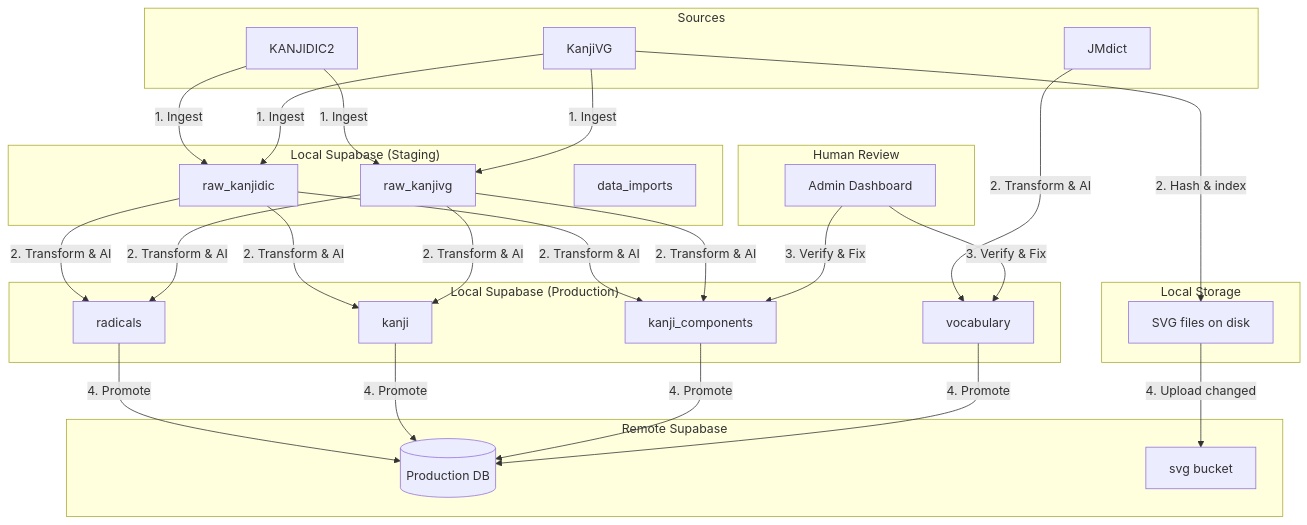
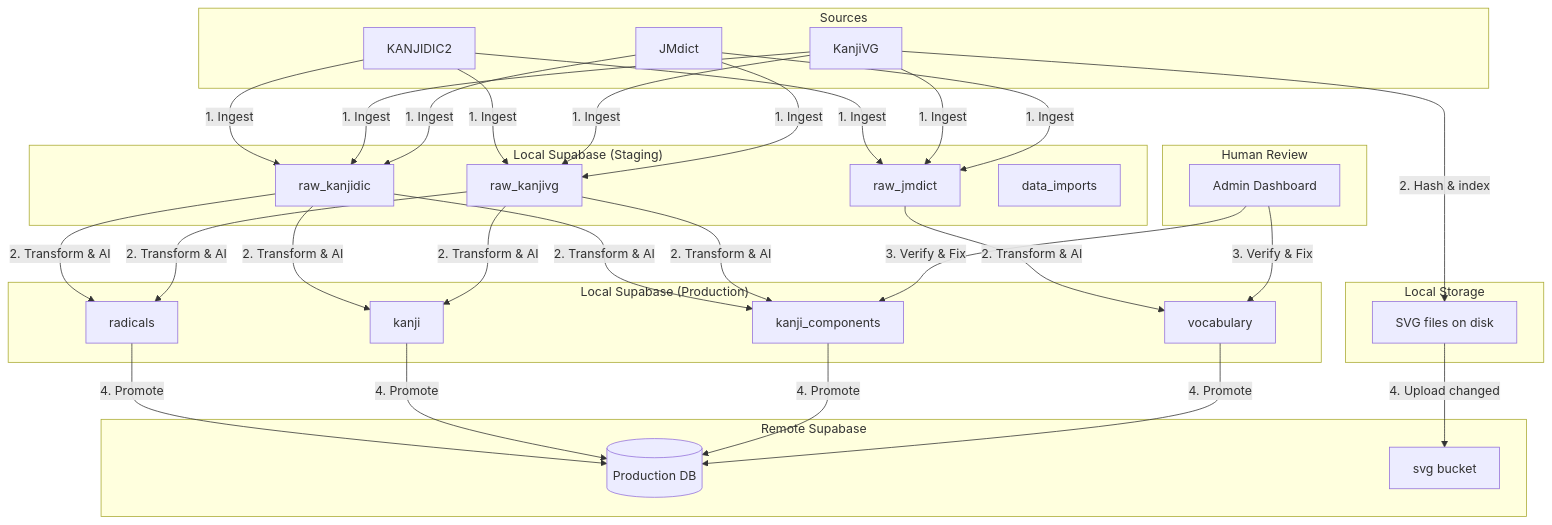
One commit to Va1erii/kanji_craft changed the diagram in docs/technical/pipeline.md. Above: the diagram before and after it, drawn with Mermaid. The commit also changed other lines of this file and 1 other file, not shown here.

````diff
--- a/docs/technical/pipeline.md
+++ b/docs/technical/pipeline.md
@@ -80,43 +80,44 @@
 ```mermaid
 graph TD
     subgraph Sources
         XML[KANJIDIC2]
         SVG[KanjiVG]
         JMD[JMdict]
     end
 
     subgraph "Local Supabase (Staging)"
         RawK[raw_kanjidic]
         RawV[raw_kanjivg]
+        RawJ[raw_jmdict]
         Imports[data_imports]
     end
 
     subgraph "Local Supabase (Production)"
         Rad[radicals]
         Kan[kanji]
         Comp[kanji_components]
         Vocab[vocabulary]
     end
 
     subgraph "Local Storage"
         LocalSVG[SVG files on disk]
     end
 
     subgraph "Human Review"
         Admin[Admin Dashboard]
     end
 
     subgraph "Remote Supabase"
         ProdDB[(Production DB)]
         Bucket[svg bucket]
     end
 
-    XML & SVG -->|"1. Ingest"| RawK & RawV
+    XML & SVG & JMD -->|"1. Ingest"| RawK & RawV & RawJ
     SVG -->|"2. Hash & index"| LocalSVG
     RawK & RawV -->|"2. Transform & AI"| Rad & Kan & Comp
-    JMD -->|"2. Transform & AI"| Vocab
+    RawJ -->|"2. Transform & AI"| Vocab
     Admin -->|"3. Verify & Fix"| Comp
     Admin -->|"3. Verify & Fix"| Vocab
     Rad & Kan & Comp & Vocab -->|"4. Promote"| ProdDB
     LocalSVG -->|"4. Upload changed"| Bucket
 ```
````
